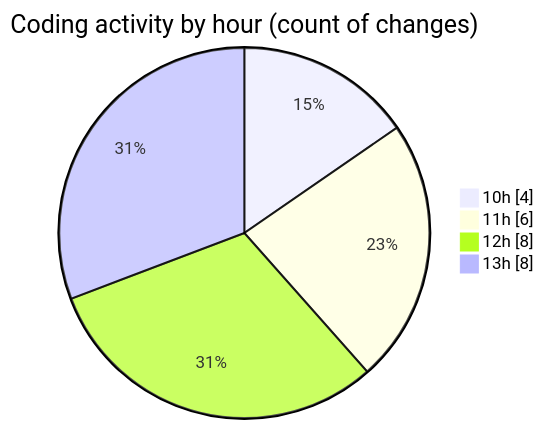
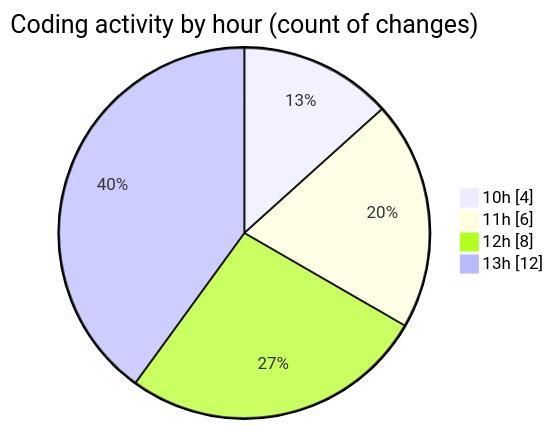
One commit to LanceThiago/code-tracking changed the second of 2 diagrams in 2025-10-03/totem2/README.md. Above: the diagram before and after it, drawn with Mermaid. The commit also changed other lines of this file and 1 other file, not shown here.

````diff
--- a/2025-10-03/totem2/README.md
+++ b/2025-10-03/totem2/README.md
@@ -29,8 +30,8 @@
 ```mermaid
 pie showData
 title Coding activity by hour (count of changes)
 "10h" : 4
 "11h" : 6
 "12h" : 8
-"13h" : 8
+"13h" : 12
 ```
````
